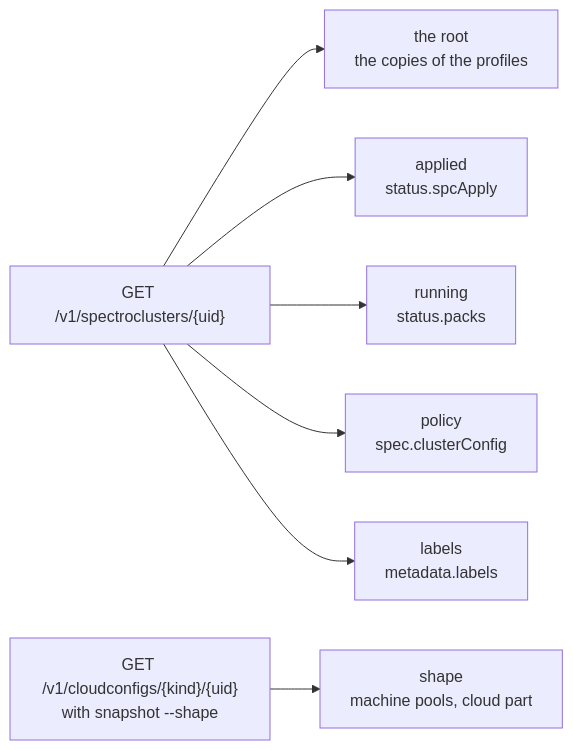
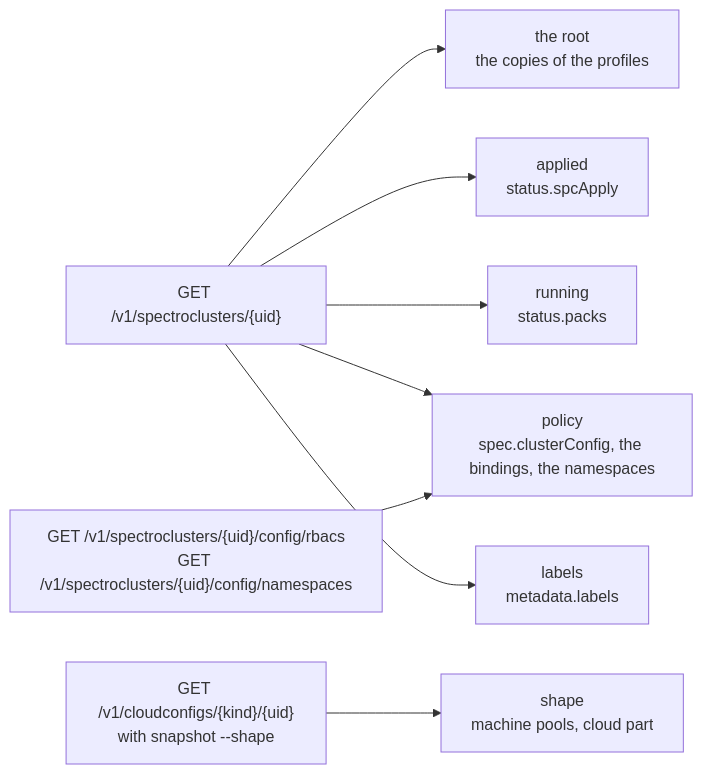
Before and after one commit to como-technologies/strata: the first of 2 diagrams in docs/src/internals/palette/clusters.md, drawn with Mermaid. The commit also changed other lines of this file and 23 other files, not shown here.

Commit message:
A cluster record holds the role bindings, the namespaces, and five more settings of the cluster in the policy tier (#106)

````diff
--- a/docs/src/internals/palette/clusters.md
+++ b/docs/src/internals/palette/clusters.md
@@ -5,17 +5,19 @@
 ```mermaid
 flowchart LR
   doc["GET /v1/spectroclusters/{uid}"]
   cc["GET /v1/cloudconfigs/{kind}/{uid}<br/>with snapshot --shape"]
   release["the root<br/>the copies of the profiles"]
   applied["applied<br/>status.spcApply"]
   running["running<br/>status.packs"]
-  policy["policy<br/>spec.clusterConfig"]
+  config["GET /v1/spectroclusters/{uid}/config/rbacs<br/>GET /v1/spectroclusters/{uid}/config/namespaces"]
+  policy["policy<br/>spec.clusterConfig, the bindings, the namespaces"]
   labels["labels<br/>metadata.labels"]
   shape["shape<br/>machine pools, cloud part"]
   doc --> release
   doc --> applied
   doc --> running
   doc --> policy
+  config --> policy
   doc --> labels
   cc --> shape
 ```
````
